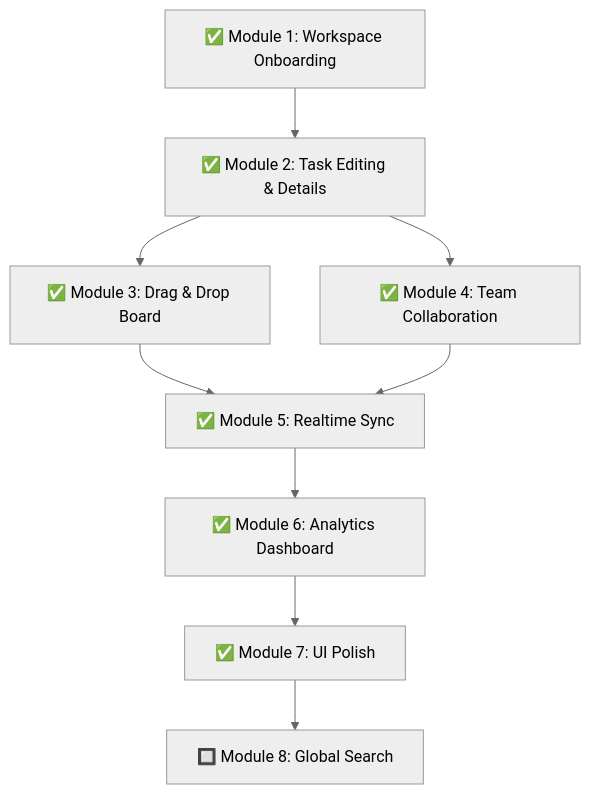
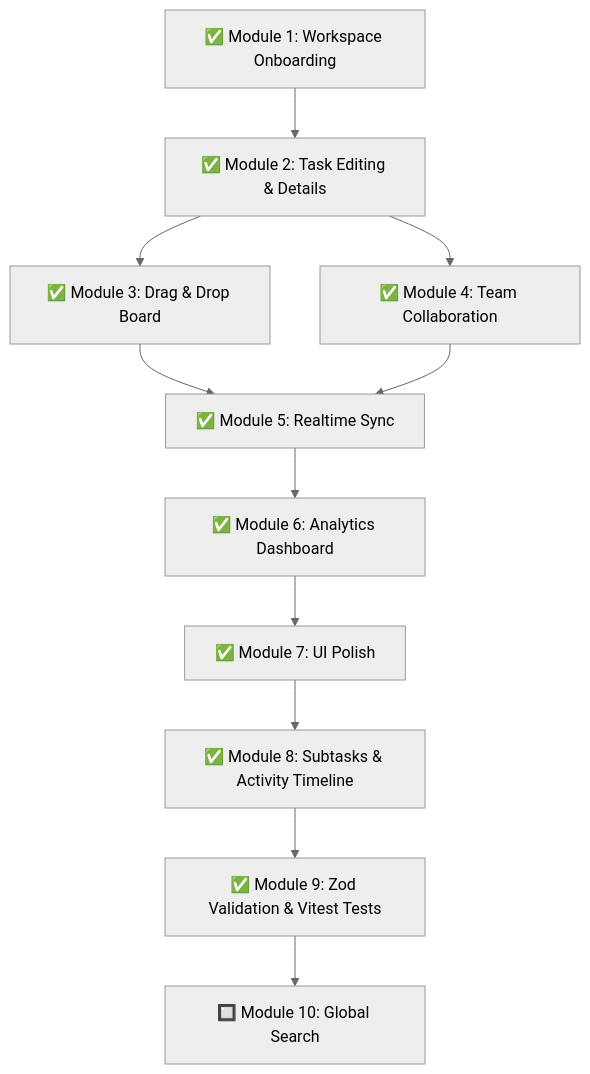
One commit to anirudhy-jpg/TaskPilot changed the diagram in plan/steps.md. Above: the diagram before and after it, drawn with Mermaid (neutral theme). The commit also changed other lines of this file and 36 other files, not shown here.

Commit message:
feat: introduce task types with schema migration and implement task type filtering on the board

````diff
--- a/plan/steps.md
+++ b/plan/steps.md
@@ -36,12 +41,14 @@
 ```mermaid
 graph TD
     M1[✅ Module 1: Workspace Onboarding] --> M2[✅ Module 2: Task Editing & Details]
     M2 --> M3[✅ Module 3: Drag & Drop Board]
     M2 --> M4[✅ Module 4: Team Collaboration]
     M3 --> M5[✅ Module 5: Realtime Sync]
     M4 --> M5
     M5 --> M6[✅ Module 6: Analytics Dashboard]
     M6 --> M7[✅ Module 7: UI Polish]
-    M7 --> M8[🔲 Module 8: Global Search]
+    M7 --> M8[✅ Module 8: Subtasks & Activity Timeline]
+    M8 --> M9[✅ Module 9: Zod Validation & Vitest Tests]
+    M9 --> M10[🔲 Module 10: Global Search]
 
 ```
````
